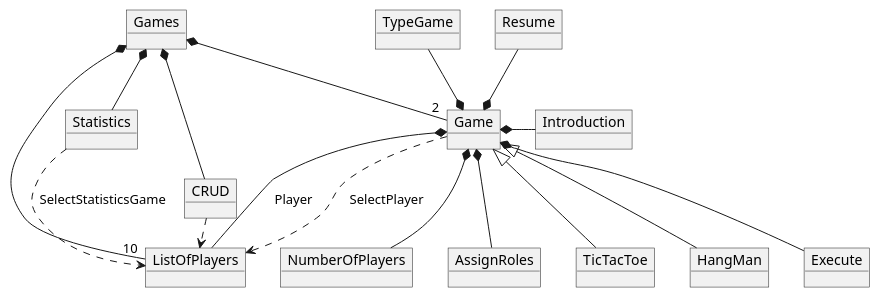
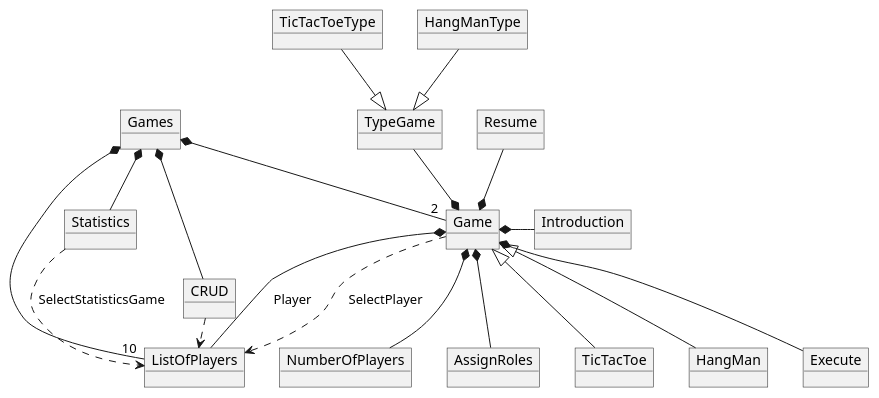
The diagram in docs/DomainDiagramMain.wsd (jesus-a-barrera/ExcerciseGames-ItFundamentals), drawn with PlantUML before and after one commit.

```diff
--- a/docs/DomainDiagramMain.wsd
+++ b/docs/DomainDiagramMain.wsd
@@ -1,40 +1,44 @@
 @startuml VocabularyMain
 
 object Games
 
 object Game
 object TicTacToe
 object HangMan
 object Execute
 object Resume
 object Introduction
 object NumberOfPlayers
 object CRUD
 object ListOfPlayers
 object TypeGame
 object Statistics
 object AssignRoles
+object TicTacToeType
+object HangManType
 
 Games *-down-"2" Game
 Games *-down-"10" ListOfPlayers
 Games *-down- Statistics
 Games *-down- CRUD
 
 Game *-- NumberOfPlayers
 Game *-right- Introduction
 Game *-- Execute
 Game *-up- Resume
 Game *-up- TypeGame
 Game *-- ListOfPlayers:Player
 Game ..> ListOfPlayers:SelectPlayer
 Game *--AssignRoles
 TicTacToe -up-|> Game
 HangMan -up-|> Game
 
 
+TicTacToeType -down-|> TypeGame
+HangManType -down-|> TypeGame
 
 CRUD .right.> ListOfPlayers
 Statistics ..> ListOfPlayers:SelectStatisticsGame
 
 
 @enduml
```
